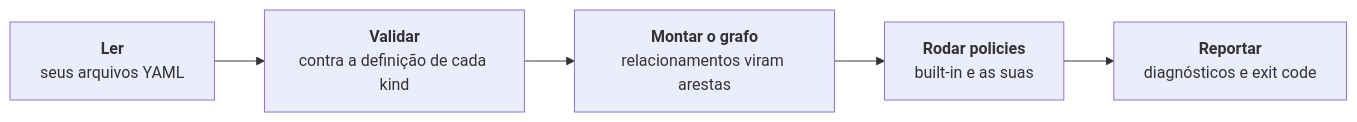
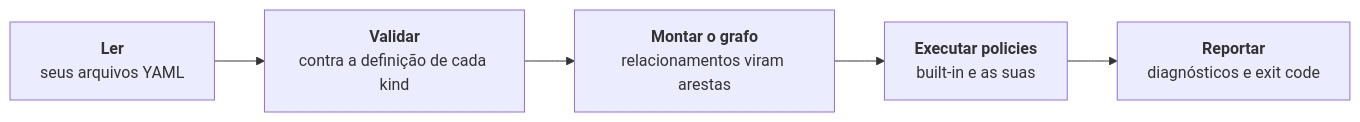
One commit to margato/asl-docs changed the first of 2 diagrams in i18n/pt/docusaurus-plugin-content-docs/current/architecture.md. Above: the diagram before and after it, drawn with Mermaid. The commit also changed other lines of this file and 39 other files, not shown here.

````diff
--- a/i18n/pt/docusaurus-plugin-content-docs/current/architecture.md
+++ b/i18n/pt/docusaurus-plugin-content-docs/current/architecture.md
@@ -16,7 +16,7 @@
 ```mermaid
 flowchart LR
     Y["<b>Ler</b><br/>seus arquivos YAML"] --> V["<b>Validar</b><br/>contra a definição de cada kind"]
     V --> G["<b>Montar o grafo</b><br/>relacionamentos viram arestas"]
-    G --> P["<b>Rodar policies</b><br/>built-in e as suas"]
+    G --> P["<b>Executar policies</b><br/>built-in e as suas"]
     P --> R["<b>Reportar</b><br/>diagnósticos e exit code"]
 ```
````
